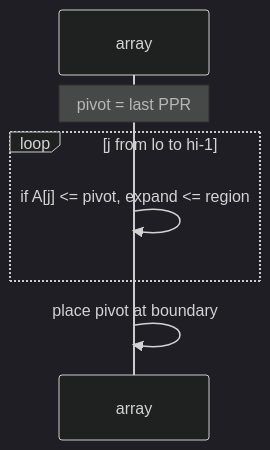
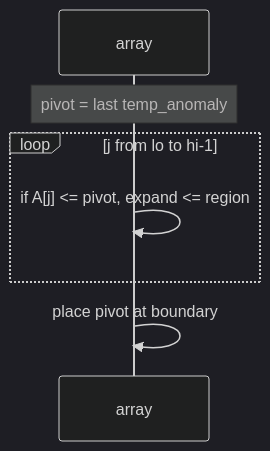
Before and after one commit to qgjones9/python-programming-guide: the second of 2 diagrams in docs/dsa/algorithms/quicksort/index.md, drawn with Mermaid (dark theme). The commit also changed other lines of this file and 29 other files, not shown here.

````diff
--- a/docs/dsa/algorithms/quicksort/index.md
+++ b/docs/dsa/algorithms/quicksort/index.md
@@ -53,9 +53,9 @@
 ```mermaid
 sequenceDiagram
   participant A as array
-  Note over A: pivot = last PPR
+  Note over A: pivot = last temp_anomaly
   loop j from lo to hi-1
     A->>A: if A[j] <= pivot, expand <= region
   end
   A->>A: place pivot at boundary
 ```
````
